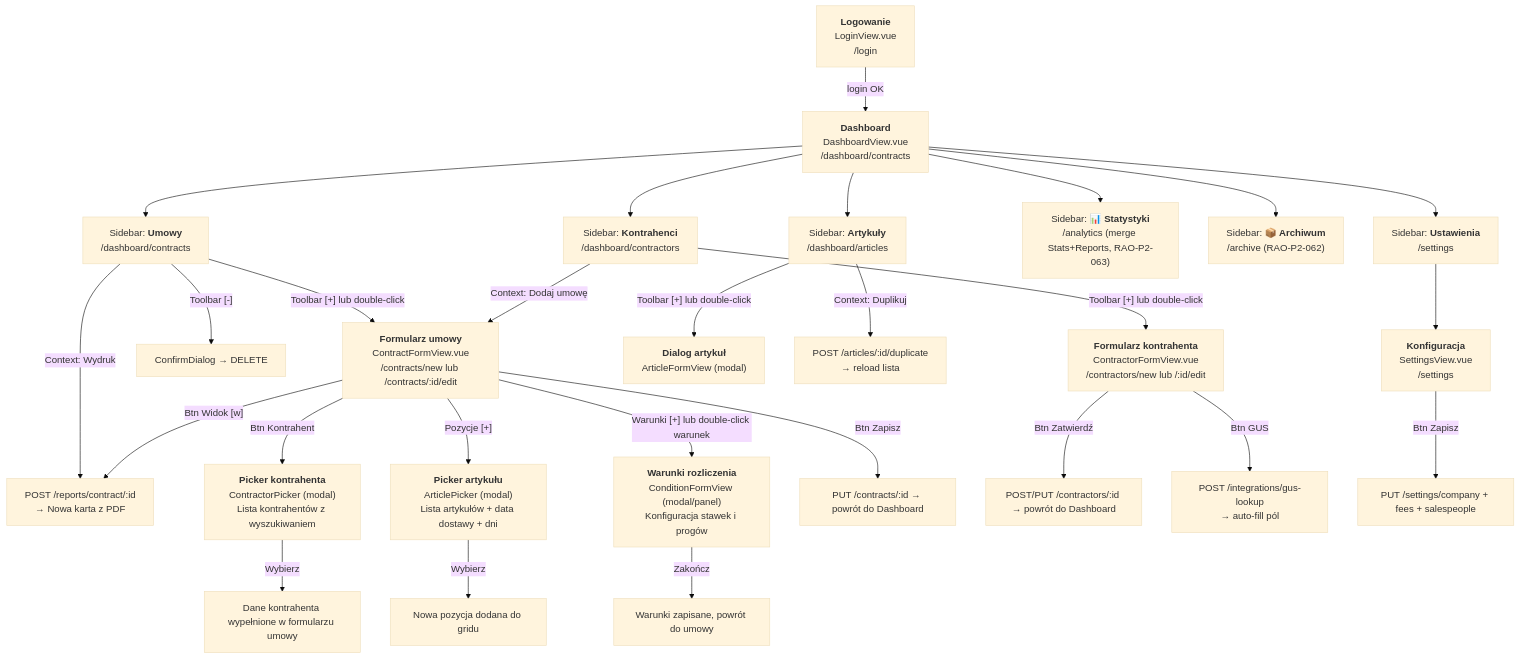
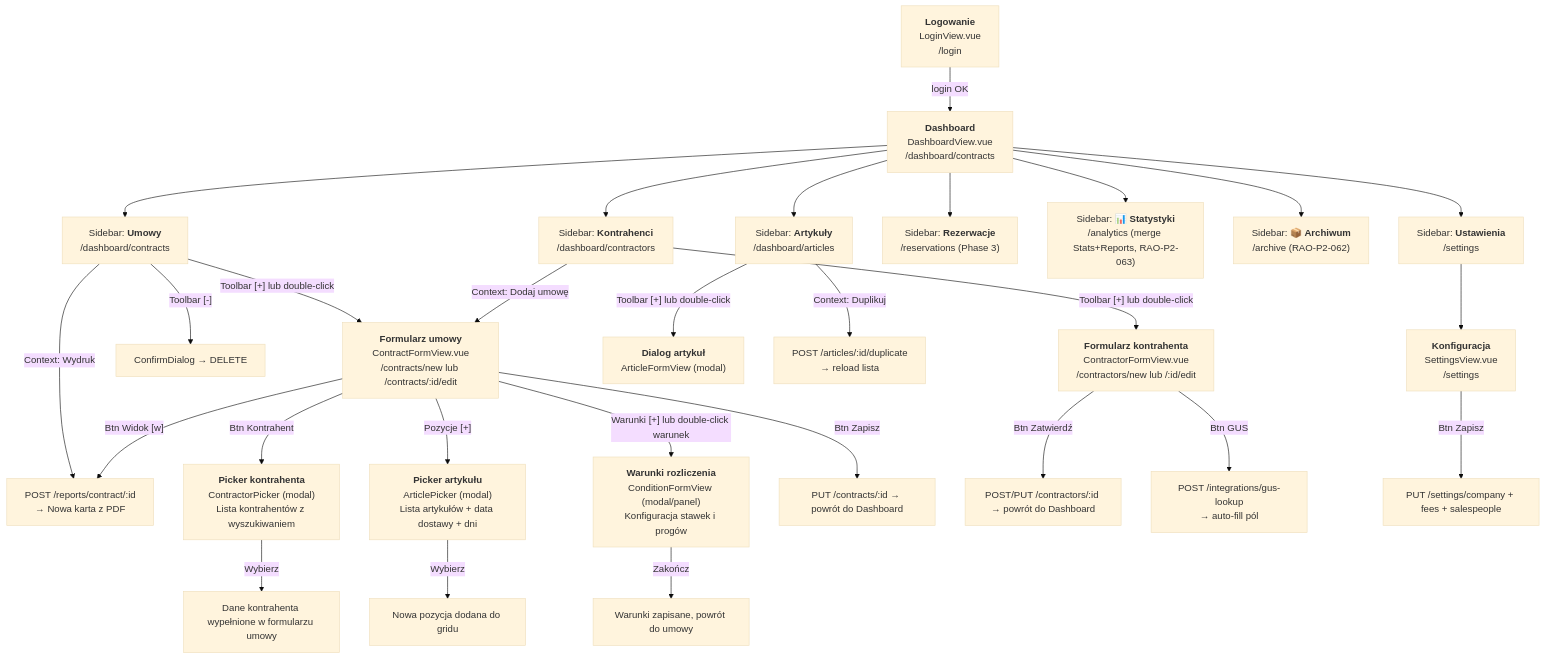
Before and after one commit to matsnd/RaoApp: the diagram in spec/core/06_navigation_flow.md, drawn with Mermaid (base theme). The commit also changed other lines of this file and 6 other files, not shown here.

First line of the commit message:
feat(reservations): add ReservationsView with calendar, list, and modal CRUD (Phase 3)

````diff
--- a/spec/core/06_navigation_flow.md
+++ b/spec/core/06_navigation_flow.md
@@ -8,37 +8,38 @@
 ```mermaid
 graph TD
     A["<b>Logowanie</b><br/>LoginView.vue<br/>/login"] -->|login OK| B["<b>Dashboard</b><br/>DashboardView.vue<br/>/dashboard/contracts"]
 
     B --> B1["Sidebar: <b>Umowy</b><br/>/dashboard/contracts"]
     B --> B2["Sidebar: <b>Kontrahenci</b><br/>/dashboard/contractors"]
     B --> B3["Sidebar: <b>Artykuły</b><br/>/dashboard/articles"]
+    B --> B3b["Sidebar: <b>Rezerwacje</b><br/>/reservations (Phase 3)"]
     B --> B7["Sidebar: <b>📊 Statystyki</b><br/>/analytics (merge Stats+Reports, RAO-P2-063)"]
     B --> B6["Sidebar: <b>📦 Archiwum</b><br/>/archive (RAO-P2-062)"]
     B --> B5["Sidebar: <b>Ustawienia</b><br/>/settings"]
 
     B1 -->|"Toolbar [+] lub double-click"| C["<b>Formularz umowy</b><br/>ContractFormView.vue<br/>/contracts/new lub /contracts/:id/edit"]
     B1 -->|"Toolbar [-]"| D["ConfirmDialog → DELETE"]
     B1 -->|"Context: Wydruk"| E["POST /reports/contract/:id<br/>→ Nowa karta z PDF"]
 
     B2 -->|"Toolbar [+] lub double-click"| F["<b>Formularz kontrahenta</b><br/>ContractorFormView.vue<br/>/contractors/new lub /:id/edit"]
     B2 -->|"Context: Dodaj umowę"| C
 
     B3 -->|"Toolbar [+] lub double-click"| G["<b>Dialog artykuł</b><br/>ArticleFormView (modal)"]
     B3 -->|"Context: Duplikuj"| H["POST /articles/:id/duplicate<br/>→ reload lista"]
 
     C -->|"Btn Kontrahent"| I["<b>Picker kontrahenta</b><br/>ContractorPicker (modal)<br/>Lista kontrahentów z wyszukiwaniem"]
     C -->|"Pozycje [+]"| J["<b>Picker artykułu</b><br/>ArticlePicker (modal)<br/>Lista artykułów + data dostawy + dni"]
     C -->|"Warunki [+] lub double-click warunek"| K["<b>Warunki rozliczenia</b><br/>ConditionFormView (modal/panel)<br/>Konfiguracja stawek i progów"]
     C -->|"Btn Widok [w]"| E
     C -->|"Btn Zapisz"| L["PUT /contracts/:id → powrót do Dashboard"]
 
     I -->|Wybierz| M["Dane kontrahenta wypełnione w formularzu umowy"]
     J -->|Wybierz| N["Nowa pozycja dodana do gridu"]
     K -->|Zakończ| O["Warunki zapisane, powrót do umowy"]
 
     F -->|"Btn Zatwierdź"| P["POST/PUT /contractors/:id → powrót do Dashboard"]
     F -->|"Btn GUS"| Q["POST /integrations/gus-lookup<br/>→ auto-fill pól"]
 
     B5 --> R["<b>Konfiguracja</b><br/>SettingsView.vue<br/>/settings"]
     R -->|"Btn Zapisz"| S["PUT /settings/company + fees + salespeople"]
 ```
````
